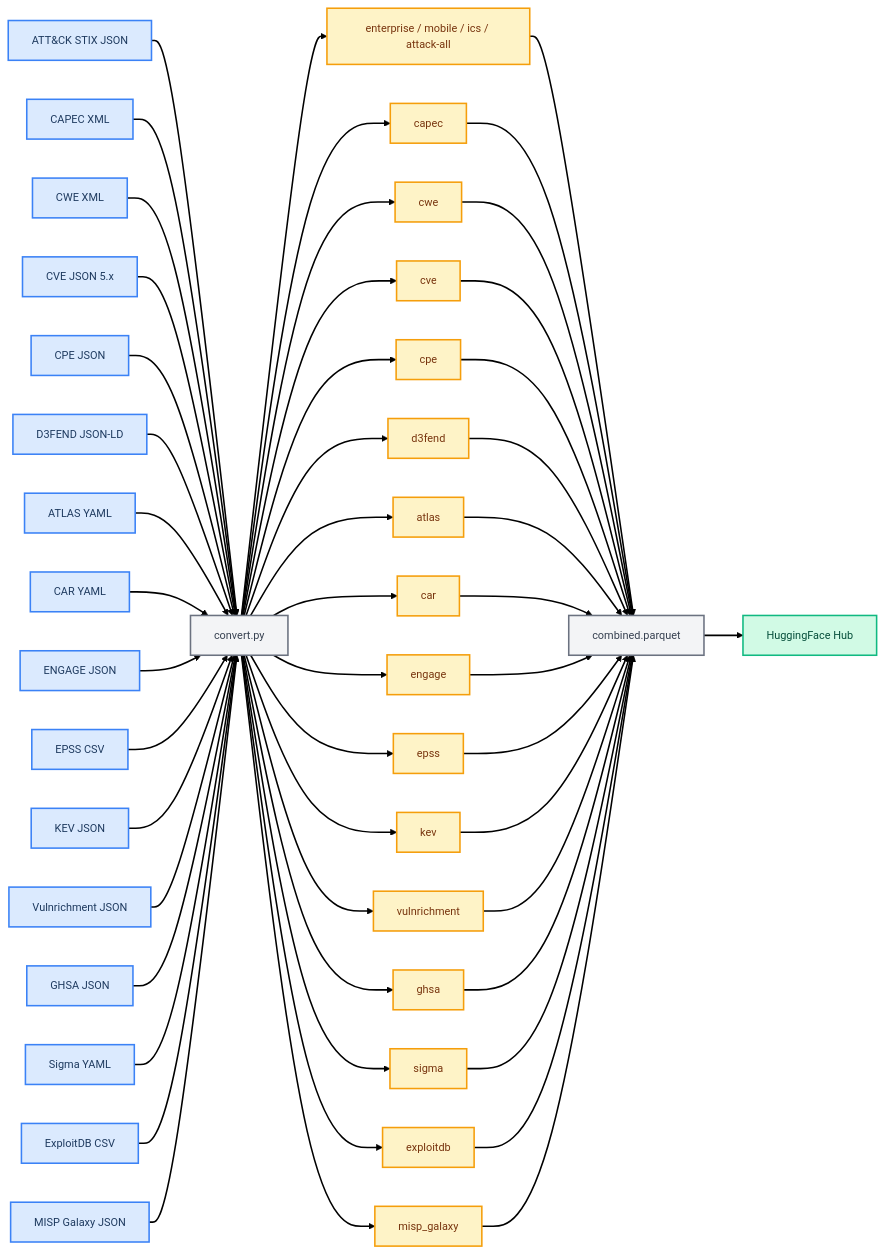
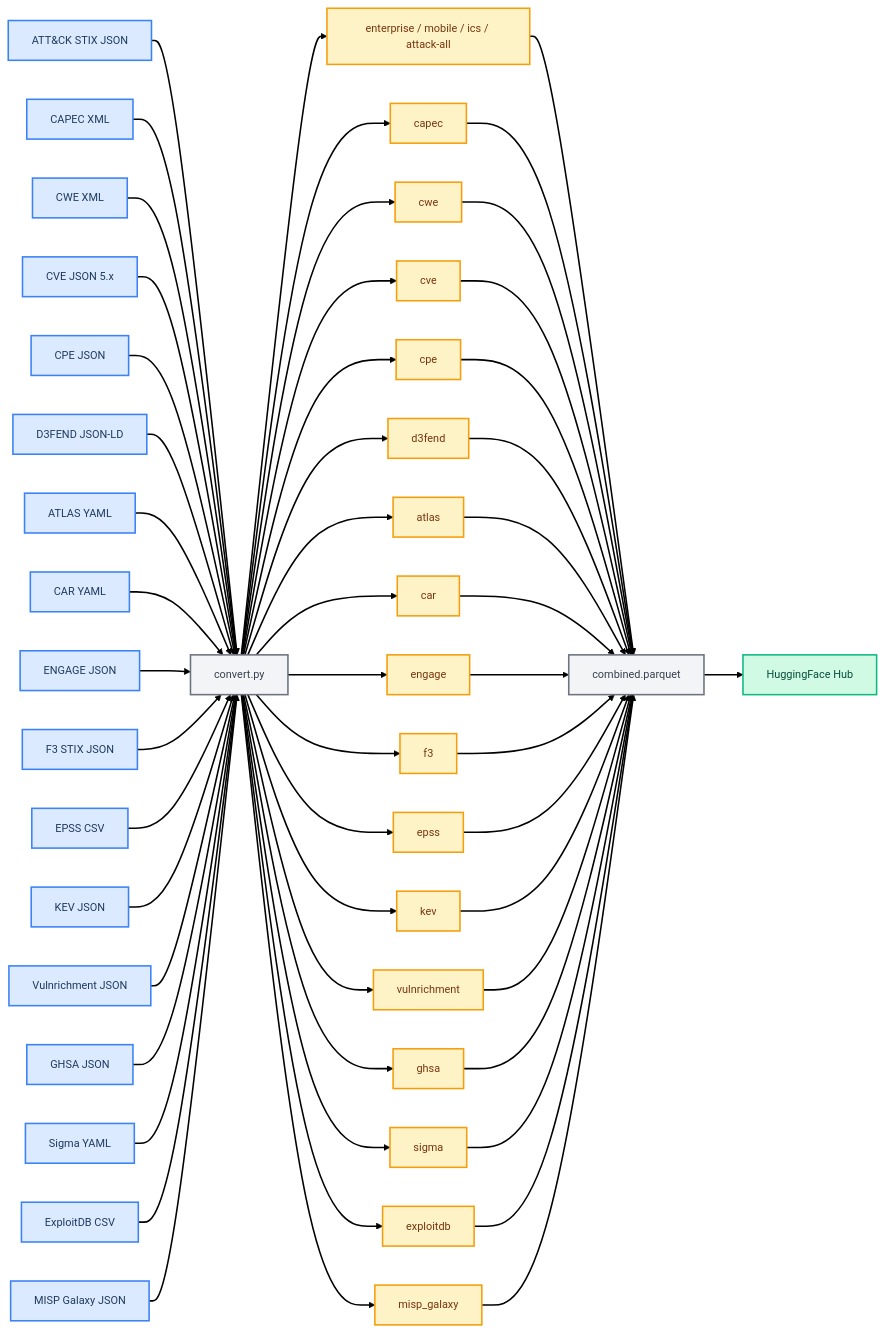
Before and after one commit to S0UGATA/mitre-attack-kg: the first of 2 diagrams in README.md, drawn with Mermaid. The commit also changed other lines of this file and 6 other files, not shown here.

First line of the commit message:
Add support for F3 (Fight Fraud Framework) in knowledge graph conversion

````diff
--- a/README.md
+++ b/README.md
@@ -16,48 +16,50 @@
 ```mermaid
 ---
 config:
   layout: dagre
   theme: neo
 ---
 flowchart LR
     STIX["ATT&CK STIX JSON"]:::src --> CONV["convert.py"]:::conv
     CXML["CAPEC XML"]:::src --> CONV
     WXML["CWE XML"]:::src --> CONV
     CVEJ["CVE JSON 5.x"]:::src --> CONV
     CPEJ["CPE JSON"]:::src --> CONV
     D3FJ["D3FEND JSON-LD"]:::src --> CONV
     ATLY["ATLAS YAML"]:::src --> CONV
     CARY["CAR YAML"]:::src --> CONV
     ENGJ["ENGAGE JSON"]:::src --> CONV
+    F3J["F3 STIX JSON"]:::src --> CONV
     EPSC["EPSS CSV"]:::src --> CONV
     KEVJ["KEV JSON"]:::src --> CONV
     VULJ["Vulnrichment JSON"]:::src --> CONV
     GHSJ["GHSA JSON"]:::src --> CONV
     SIGY["Sigma YAML"]:::src --> CONV
     EDBC["ExploitDB CSV"]:::src --> CONV
     MSPJ["MISP Galaxy JSON"]:::src --> CONV
 
     CONV --> ATK["enterprise / mobile / ics / attack-all"]:::out --> CMB["combined.parquet"]:::conv
     CONV --> CAP["capec"]:::out --> CMB
     CONV --> CW["cwe"]:::out --> CMB
     CONV --> CVE["cve"]:::out --> CMB
     CONV --> CPE["cpe"]:::out --> CMB
     CONV --> D3F["d3fend"]:::out --> CMB
     CONV --> ATL["atlas"]:::out --> CMB
     CONV --> CAR["car"]:::out --> CMB
     CONV --> ENG["engage"]:::out --> CMB
+    CONV --> F3["f3"]:::out --> CMB
     CONV --> EPS["epss"]:::out --> CMB
     CONV --> KEV["kev"]:::out --> CMB
     CONV --> VUL["vulnrichment"]:::out --> CMB
     CONV --> GHS["ghsa"]:::out --> CMB
     CONV --> SIG["sigma"]:::out --> CMB
     CONV --> EDB["exploitdb"]:::out --> CMB
     CONV --> MSG["misp_galaxy"]:::out --> CMB
 
     CMB --> HF["HuggingFace Hub"]:::hf
 
     classDef src fill:#dbeafe,stroke:#3b82f6,color:#1e3a5f
     classDef conv fill:#f3f4f6,stroke:#6b7280,color:#374151
     classDef out fill:#fef3c7,stroke:#f59e0b,color:#78350f
     classDef hf fill:#d1fae5,stroke:#10b981,color:#064e3b
 ```
````
